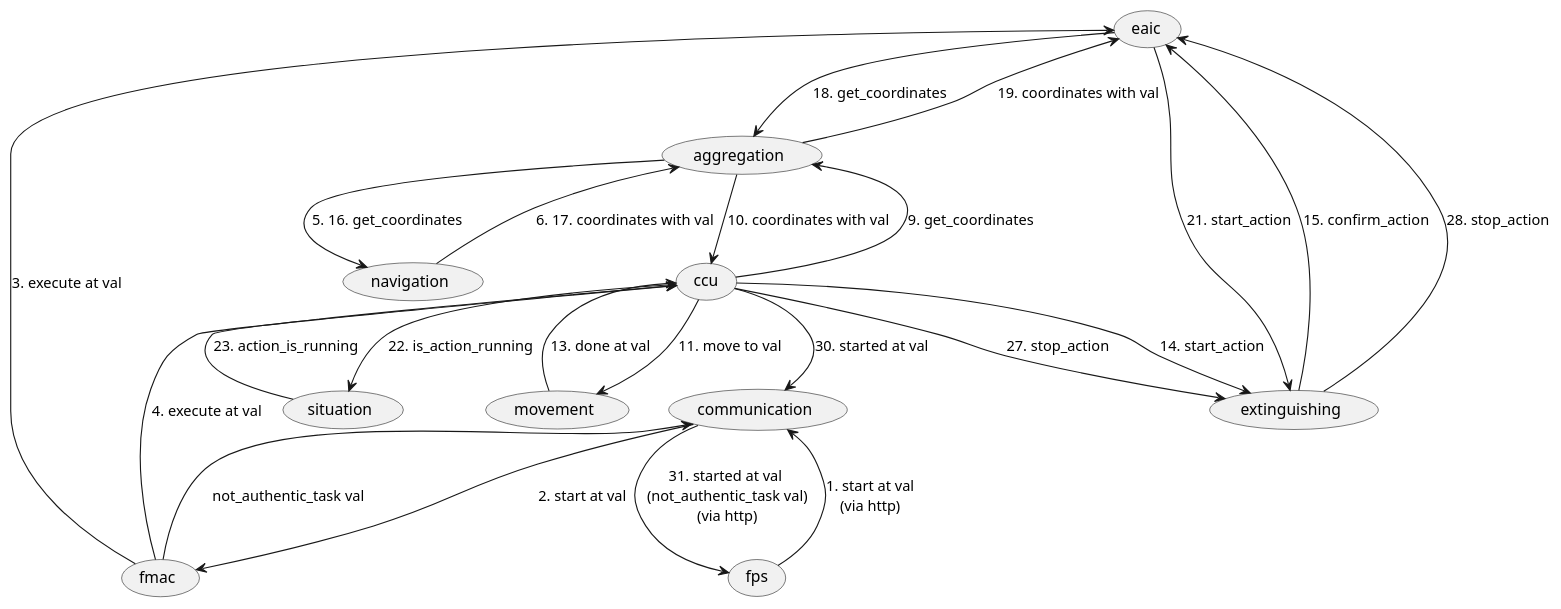
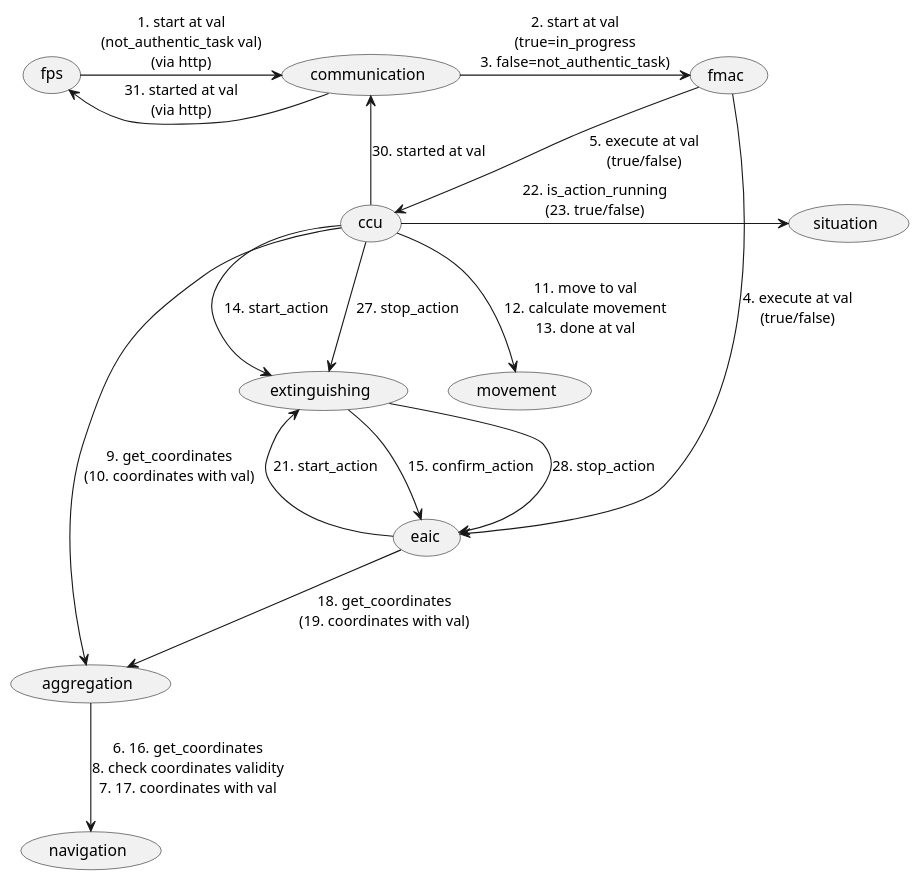
The diagram in docs/dev.md (sergey-sobolev/cyberimmune-systems-prototypes-FireFighter-drone-kos), drawn with PlantUML before and after one commit. The commit also changed other lines of this file and 1 other file, not shown here.

````diff
--- a/docs/dev.md
+++ b/docs/dev.md
@@ -40,26 +39,20 @@
 ```plantuml:md-interconnection
 @startuml
-(fps) --> (communication) : 1. start at val\n(via http)
-communication --> (fmac) : 2. start at val
-communication --> (fps) : 31. started at val \n(not_authentic_task val)\n(via http)
-fmac --> (eaic) : 3. execute at val
-fmac --> (communication) : not_authentic_task val
-fmac --> (ccu) : 4. execute at val
-eaic -> (aggregation) : 18. get_coordinates
+(fps) -> (communication) : 1. start at val\n(not_authentic_task val)\n(via http)
+communication -> (fmac) : 2. start at val\n(true=in_progress\n3. false=not_authentic_task)
+communication -> (fps) : 31. started at val\n(via http)
+fmac --> (eaic) : 4. execute at val\n(true/false)
+fmac --> (ccu) : 5. execute at val\n(true/false)
+eaic --> (aggregation) : 18. get_coordinates\n(19. coordinates with val)
 eaic --> (extinguishing) : 21. start_action
-ccu -> (aggregation) : 9. get_coordinates
-ccu --> (movement) : 11. move to val
+ccu --> (aggregation) : 9. get_coordinates\n(10. coordinates with val)
+ccu --> (movement) : 11. move to val\n12. calculate movement\n13. done at val
 ccu --> (extinguishing) : 14. start_action
-ccu --> (extinguishing) : 27. stop_action
-ccu --> (situation) : 22. is_action_running
-ccu --> (communication) : 30. started at val
-aggregation --> (navigation) : 5. 16. get_coordinates
-aggregation --> (ccu) : 10. coordinates with val
-aggregation --> (eaic) : 19. coordinates with val
-navigation --> (aggregation) : 6. 17. coordinates with val
-movement --> (ccu) : 13. done at val
-situation --> (ccu) : 23. action_is_running
+ccu -> (extinguishing) : 27. stop_action
+ccu -> (situation) : 22. is_action_running\n(23. true/false)
+ccu -> (communication) : 30. started at val
+aggregation --> (navigation) : 6. 16. get_coordinates\n8. check coordinates validity\n7. 17. coordinates with val
 extinguishing --> (eaic) : 15. confirm_action
 extinguishing --> (eaic) : 28. stop_action
 @enduml
 ```
````
